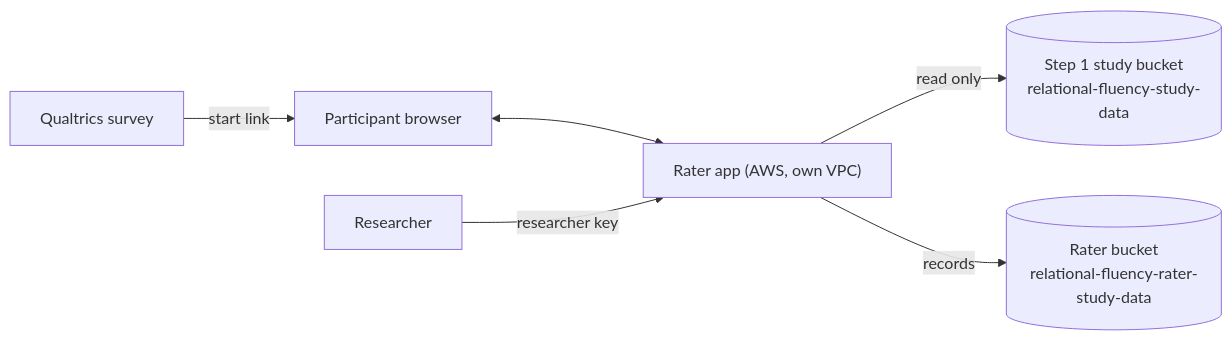
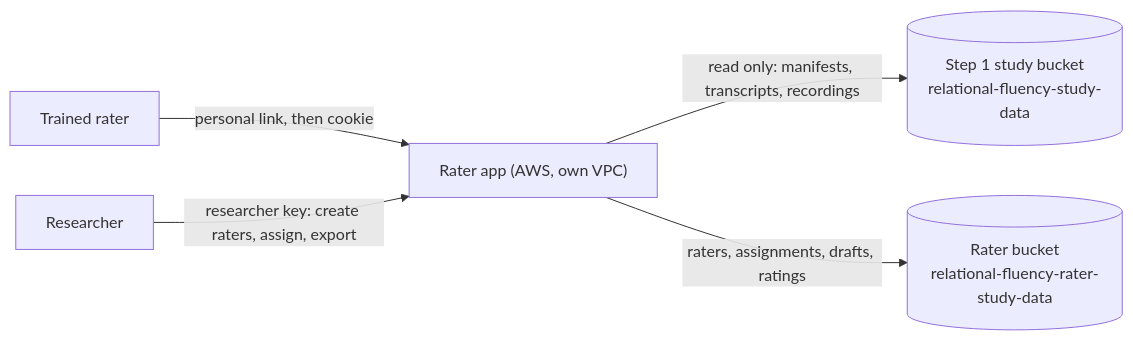
Before and after one commit to Cornell-AI-Ready-Workforce/relational-fluency-rater: the diagram in README.md, drawn with Mermaid. The commit also changed other lines of this file and 13 other files, not shown here.

````diff
--- a/README.md
+++ b/README.md
@@ -9,8 +9,7 @@
 ```mermaid
 flowchart LR
-  Q[Qualtrics survey] -->|start link| P[Participant browser]
-  P <--> S["Rater app (AWS, own VPC)"]
-  S -->|read only| B1[(Step 1 study bucket<br/>relational-fluency-study-data)]
-  S -->|records| B2[(Rater bucket<br/>relational-fluency-rater-study-data)]
-  R[Researcher] -->|researcher key| S
+  T[Trained rater] -->|personal link, then cookie| S["Rater app (AWS, own VPC)"]
+  S -->|read only: manifests, transcripts, recordings| B1[(Step 1 study bucket<br/>relational-fluency-study-data)]
+  S -->|raters, assignments, drafts, ratings| B2[(Rater bucket<br/>relational-fluency-rater-study-data)]
+  R[Researcher] -->|researcher key: create raters, assign, export| S
 ```
````
